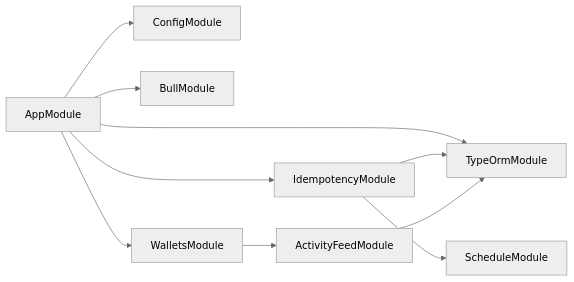
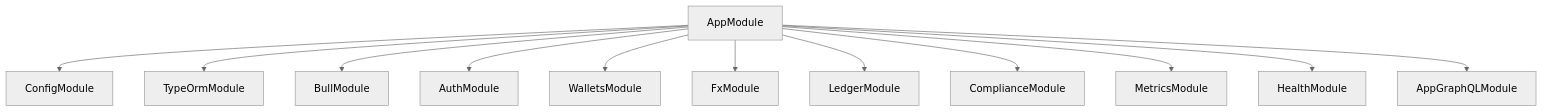
The first of 3 diagrams in docs/architecture.md (Nexacore-Org/NexaFx-js), drawn with Mermaid (neutral theme) before and after one commit. The commit also changed other lines of this file and 6 other files, not shown here.

First line of the commit message:
test(metrics,health): unit tests for metrics and health subsystems; docs(indexes,architecture): database index strategy & architecture update

````diff
--- a/docs/architecture.md
+++ b/docs/architecture.md
@@ -12,12 +12,14 @@
 ```mermaid
-flowchart LR
+flowchart TD
   AppModule["AppModule"] --> ConfigModule["ConfigModule"]
   AppModule --> TypeOrmModule["TypeOrmModule"]
   AppModule --> BullModule["BullModule"]
-  AppModule --> IdempotencyModule["IdempotencyModule"]
+  AppModule --> AuthModule["AuthModule"]
   AppModule --> WalletsModule["WalletsModule"]
-  WalletsModule --> ActivityFeedModule["ActivityFeedModule"]
-  IdempotencyModule --> TypeOrmModule
-  IdempotencyModule --> ScheduleModule["ScheduleModule"]
-  ActivityFeedModule --> TypeOrmModule
+  AppModule --> FxModule["FxModule"]
+  AppModule --> LedgerModule["LedgerModule"]
+  AppModule --> ComplianceModule["ComplianceModule"]
+  AppModule --> MetricsModule["MetricsModule"]
+  AppModule --> HealthModule["HealthModule"]
+  AppModule --> AppGraphQLModule["AppGraphQLModule"]
 ```
````
